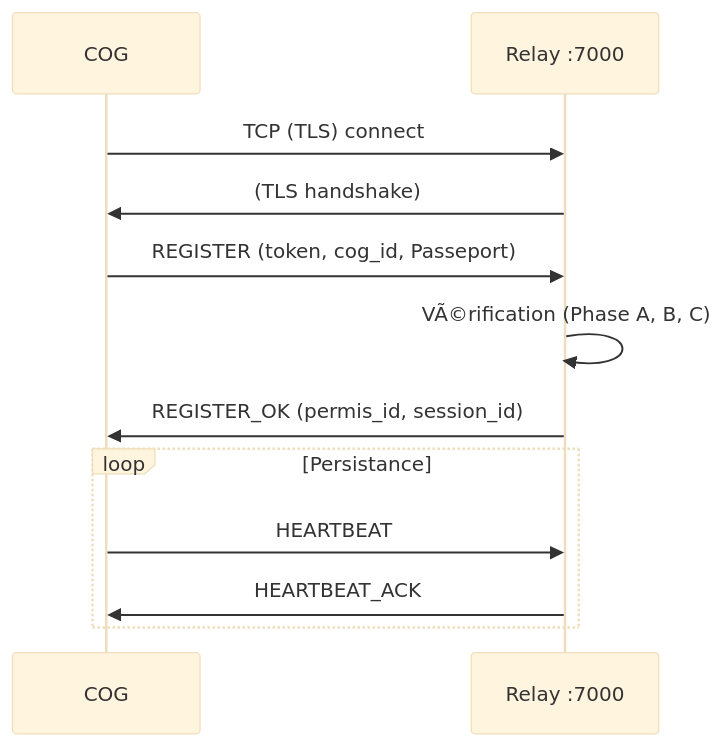
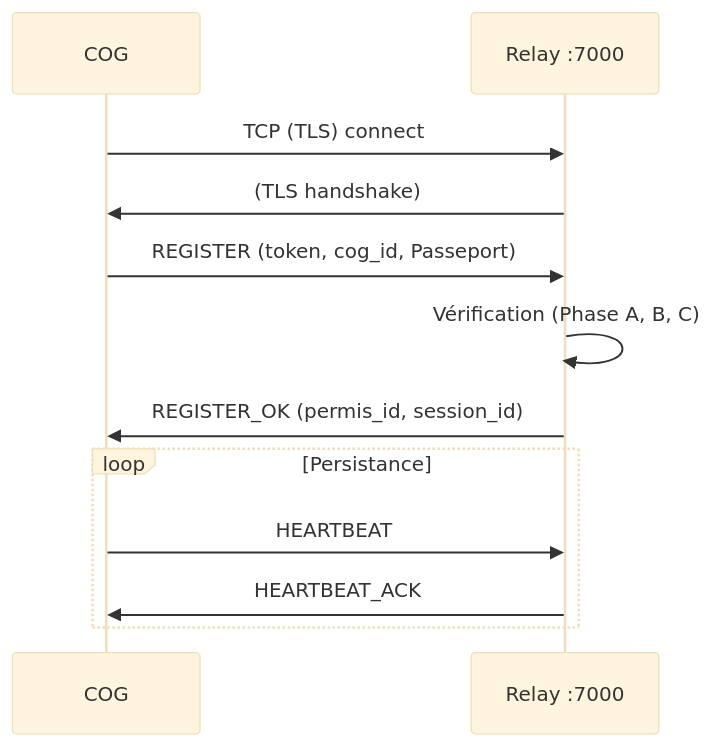
Before and after one commit to StudioMiyukini/miyukini_cog: the second of 2 diagrams in docs/miyukini-webway-system/acteurs/MWS - Relays.md, drawn with Mermaid (base theme). The commit also changed other lines of this file and 564 other files, not shown here.

````diff
--- a/docs/miyukini-webway-system/acteurs/MWS - Relays.md
+++ b/docs/miyukini-webway-system/acteurs/MWS - Relays.md
@@ -198,15 +198,15 @@
 ```mermaid
 sequenceDiagram
     participant COG as COG
     participant R as Relay :7000
 
     COG->>R: TCP (TLS) connect
     R->>COG: (TLS handshake)
     COG->>R: REGISTER (token, cog_id, Passeport)
-    R->>R: VÃ©rification (Phase A, B, C)
+    R->>R: Vérification (Phase A, B, C)
     R->>COG: REGISTER_OK (permis_id, session_id)
     loop Persistance
         COG->>R: HEARTBEAT
         R->>COG: HEARTBEAT_ACK
     end
 ```
````
